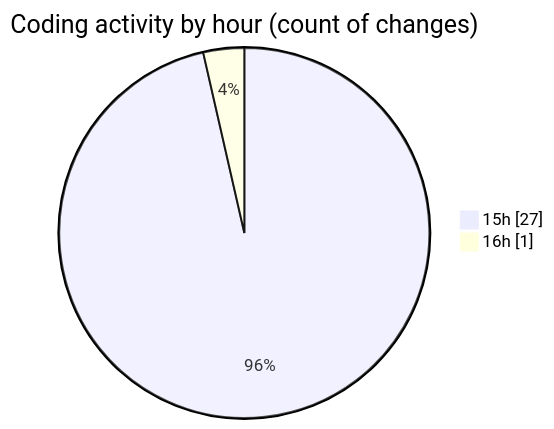
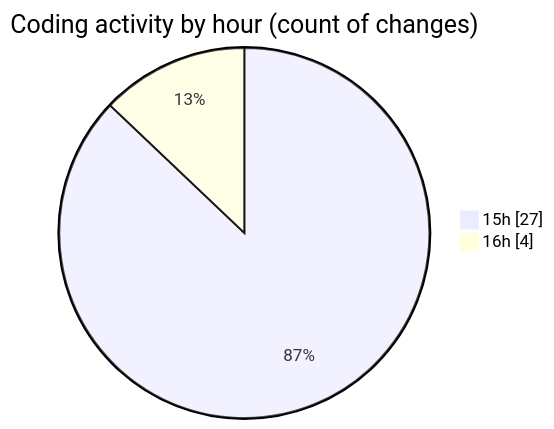
The second of 2 diagrams in 2025-06-06/sewa-mobil/README.md (idhammustaqopulfikri/code-tracking), drawn with Mermaid before and after one commit. The commit also changed other lines of this file and 1 other file, not shown here.

````diff
--- a/2025-06-06/sewa-mobil/README.md
+++ b/2025-06-06/sewa-mobil/README.md
@@ -37,6 +37,6 @@
 ```mermaid
 pie showData
 title Coding activity by hour (count of changes)
 "15h" : 27
-"16h" : 1
+"16h" : 4
 ```
````
